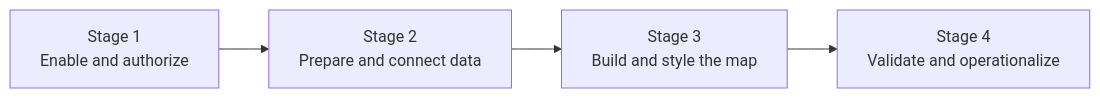
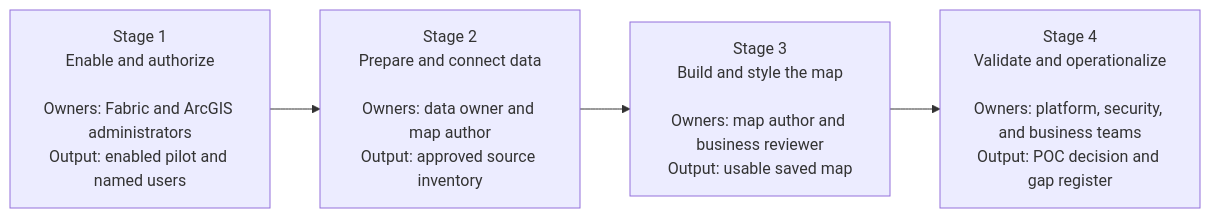
The diagram in 03-ArcGIS-Maps-for-Fabric/02-End-to-End-Scenario.md (Tonyfra91/microsoft-esri-architecture-library), drawn with Mermaid before and after one commit. The commit also changed other lines of this file and 11 other files, not shown here.

First line of the commit message:
docs(docs): add ArcGIS Maps visual architecture

````diff
--- a/03-ArcGIS-Maps-for-Fabric/02-End-to-End-Scenario.md
+++ b/03-ArcGIS-Maps-for-Fabric/02-End-to-End-Scenario.md
@@ -111,6 +112,9 @@
 ```mermaid
 flowchart LR
-    A["Stage 1<br/>Enable and authorize"] --> B["Stage 2<br/>Prepare and connect data"]
-    B --> C["Stage 3<br/>Build and style the map"]
-    C --> D["Stage 4<br/>Validate and operationalize"]
+    A["Stage 1<br/>Enable and authorize<br/><br/>Owners: Fabric and ArcGIS administrators<br/>Output: enabled pilot and named users"]
+    B["Stage 2<br/>Prepare and connect data<br/><br/>Owners: data owner and map author<br/>Output: approved source inventory"]
+    C["Stage 3<br/>Build and style the map<br/><br/>Owners: map author and business reviewer<br/>Output: usable saved map"]
+    D["Stage 4<br/>Validate and operationalize<br/><br/>Owners: platform, security, and business teams<br/>Output: POC decision and gap register"]
+
+    A --> B --> C --> D
 ```
````
